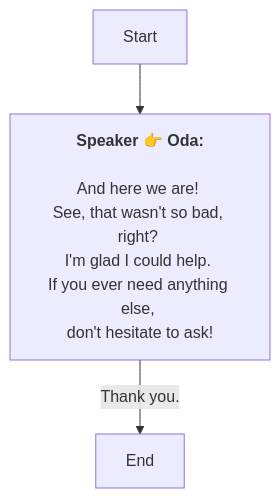
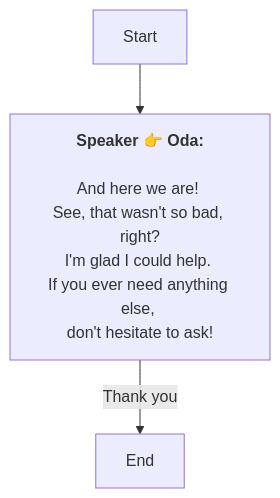
Before and after one commit to SoftHu/tos_avg: the diagram in En/QuestStartTalkENode_1769057929237633.md, drawn with Mermaid. The commit also changed 410 other files, not shown here.

````diff
--- a/En/QuestStartTalkENode_1769057929237633.md
+++ b/En/QuestStartTalkENode_1769057929237633.md
@@ -1,10 +1,10 @@
 ```mermaid
 graph
 Start -->1769057966047364[<b>Speaker 👉 Oda:</b>
 \nAnd here we are! 
-See, that wasn't so bad, right? \nI'm glad I could help. 
+See, that wasn't so bad, right?\nI'm glad I could help. 
 If you ever need anything else, 
 don't hesitate to ask!]
-1769057966047364 -->|Thank you.|1769057987247237[End]
+1769057966047364 -->|Thank you|1769057987247237[End]
 
 ```
````
